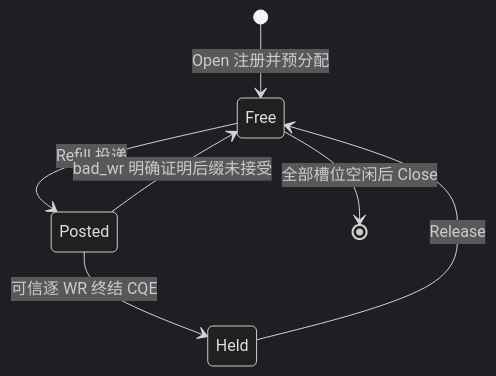
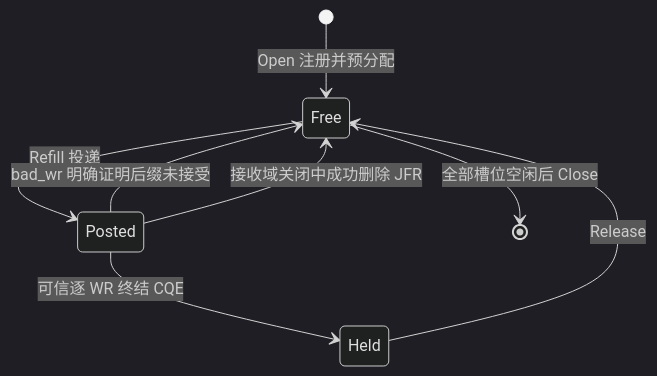
One commit to condy0919/kbsocket changed the diagram in docs/rx-buffer-pool.md. Above: the diagram before and after it, drawn with Mermaid (dark theme). The commit also changed other lines of this file and 46 other files, not shown here.

````diff
--- a/docs/rx-buffer-pool.md
+++ b/docs/rx-buffer-pool.md
@@ -15,9 +15,10 @@
 ```mermaid
 stateDiagram-v2
     [*] --> Free: Open 注册并预分配
     Free --> Posted: Refill 投递
     Posted --> Free: bad_wr 明确证明后缀未接受
     Posted --> Held: 可信逐 WR 终结 CQE
+    Posted --> Free: 接收域关闭中成功删除 JFR
     Held --> Free: Release
     Free --> [*]: 全部槽位空闲后 Close
 ```
````
